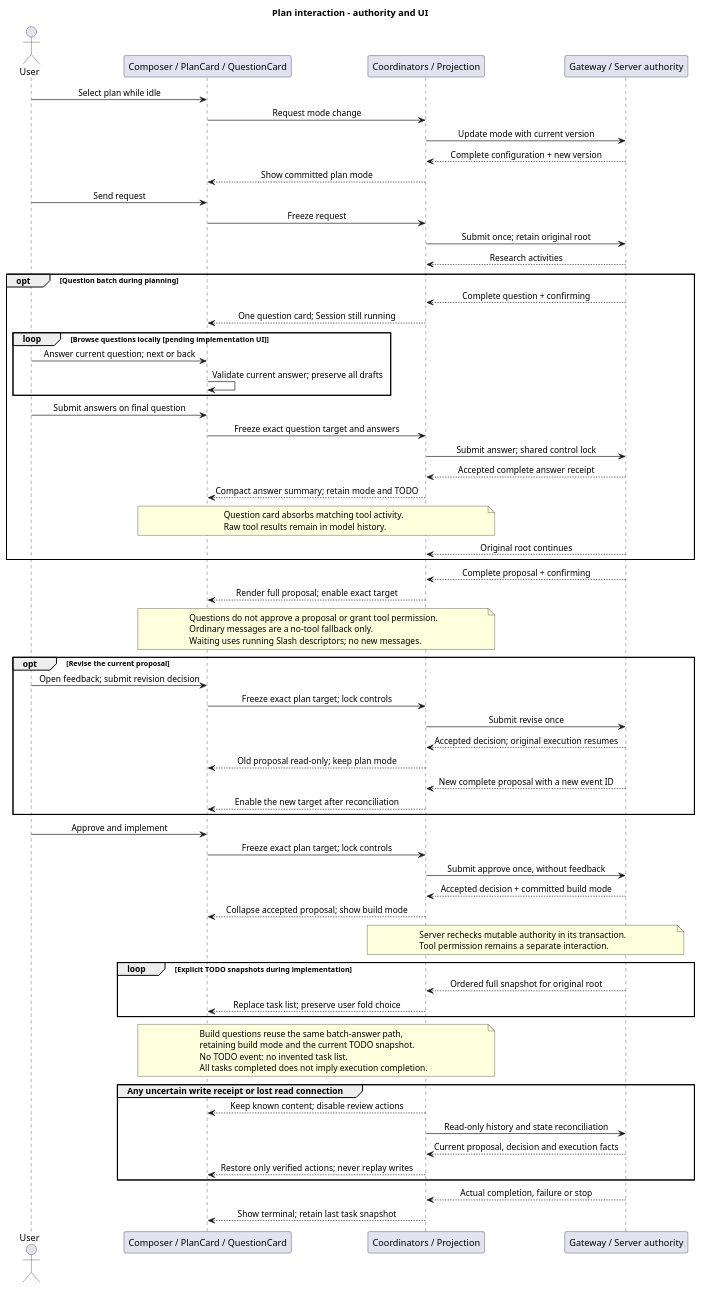
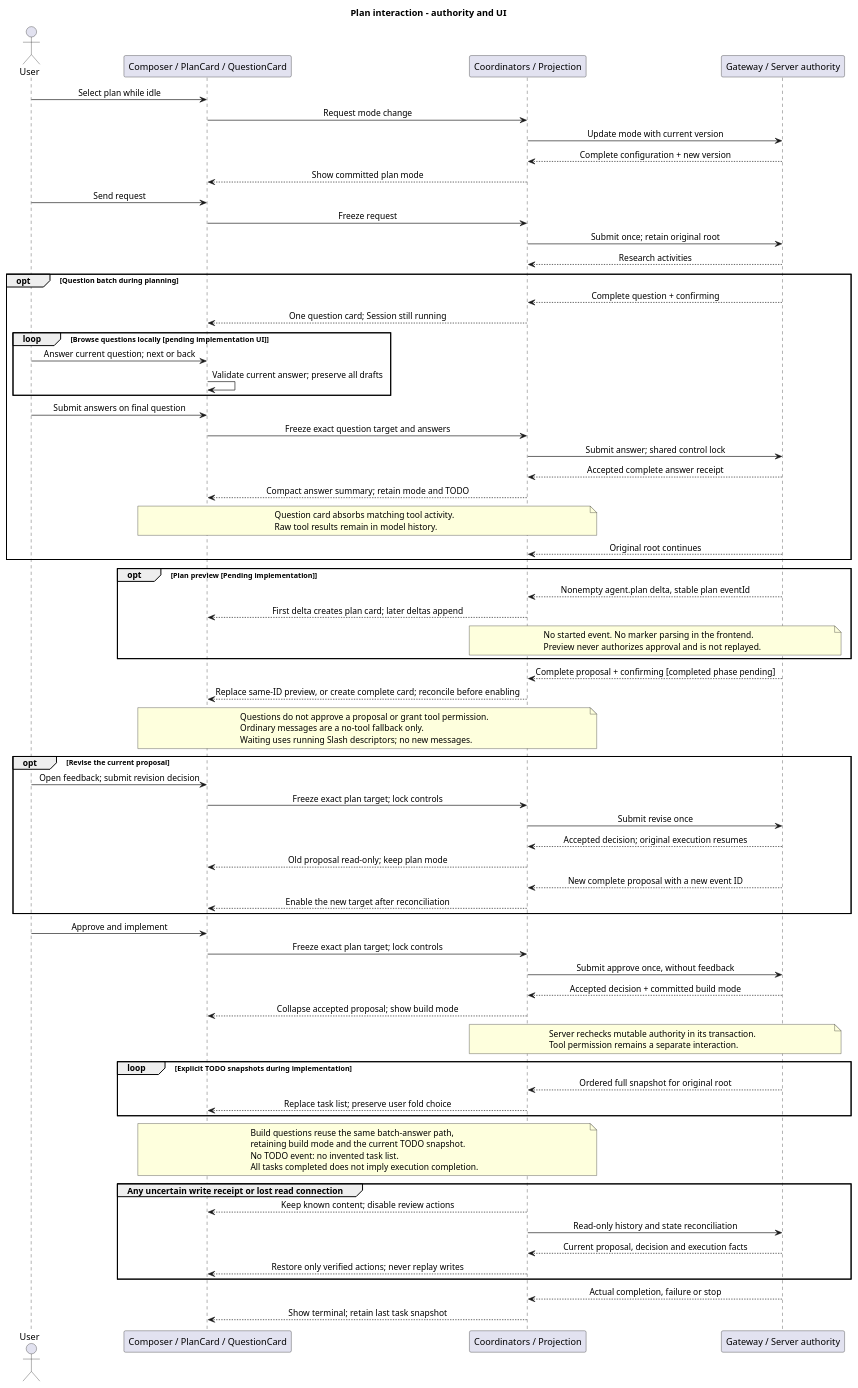
The eighth of 8 diagrams in 07-前端设计/技术设计/diagram.puml (ssm0808/pi-mono-java-design), drawn with PlantUML before and after one commit. The commit also changed 29 other files, not shown here.

```diff
--- a/07-前端设计/技术设计/diagram.puml
+++ b/07-前端设计/技术设计/diagram.puml
@@ -534,92 +534,102 @@
 @startuml target_plan_interaction
 ' Source baseline: pi-mono-java 9f785bea3ffff8f6566cd1b2727285af46a2aead.
 ' Source evidence: frontend/src/runtime/eventStore.ts executionState and reconcileEvents.
 ' Source evidence: frontend/src/composables/useRuntimeApi.ts recover, submitStream and consume.
 ' Codex d58d0e5841e0de08e251673db2d5af8cf3a1ad51:
 ' codex-rs/tui/src/chatwidget/plan_implementation.rs selection_view_params;
 ' codex-rs/core/src/tools/handlers/plan.rs PlanHandler::handle_call.
 ' Observed behavior: the internal frontend has plan UI, Slash, progress and structured questions.
 ' Source: frontend/src/components/PlanCard.vue; runtime/eventStore.ts; types/runtime.ts.
 ' Java divergence: approve resumes the original root execution; no clear-context path.
 ' Design reason: proposal, decision receipt, execution progress and terminal are separate facts.
-' Internal flow is implemented; public transport remains pending implementation. View states are not HTTP enums.
+' Internal review is implemented; plan preview and public transport are pending implementation. View states are not HTTP enums.
+' Streaming source: Java fb842b1ac6cb4818f6b146f79dd184a5cd88bf12; runtimeapi/event/RuntimeEventProjector.java :: projectMessageUpdate, beginPlanReview.
+' Design reason: backend classifies plan deltas; the frontend never parses model markers or authorizes previews.
 title Plan interaction - authority and UI
 skinparam backgroundColor white
 skinparam shadowing false
 skinparam defaultFontName SansSerif
 skinparam sequenceMessageAlign center
 actor User
 participant "Composer / PlanCard / QuestionCard" as UI
 participant "Coordinators / Projection" as State
 participant "Gateway / Server authority" as API
 User -> UI : Select plan while idle
 UI -> State : Request mode change
 State -> API : Update mode with current version
 API --> State : Complete configuration + new version
 State --> UI : Show committed plan mode
 User -> UI : Send request
 UI -> State : Freeze request
 State -> API : Submit once; retain original root
 API --> State : Research activities
 opt Question batch during planning
   API --> State : Complete question + confirming
   State --> UI : One question card; Session still running
   loop Browse questions locally [pending implementation UI]
     User -> UI : Answer current question; next or back
     UI -> UI : Validate current answer; preserve all drafts
   end
   User -> UI : Submit answers on final question
   UI -> State : Freeze exact question target and answers
   State -> API : Submit answer; shared control lock
   API --> State : Accepted complete answer receipt
   State --> UI : Compact answer summary; retain mode and TODO
   note over UI, State
     Question card absorbs matching tool activity.
     Raw tool results remain in model history.
   end note
   API --> State : Original root continues
 end
-API --> State : Complete proposal + confirming
-State --> UI : Render full proposal; enable exact target
+opt Plan preview [Pending implementation]
+  API --> State : Nonempty agent.plan delta, stable plan eventId
+  State --> UI : First delta creates plan card; later deltas append
+  note over State, API
+    No started event. No marker parsing in the frontend.
+    Preview never authorizes approval and is not replayed.
+  end note
+end
+API --> State : Complete proposal + confirming [completed phase pending]
+State --> UI : Replace same-ID preview, or create complete card; reconcile before enabling
 note over UI, State
   Questions do not approve a proposal or grant tool permission.
   Ordinary messages are a no-tool fallback only.
   Waiting uses running Slash descriptors; no new messages.
 end note
 opt Revise the current proposal
   User -> UI : Open feedback; submit revision decision
   UI -> State : Freeze exact plan target; lock controls
   State -> API : Submit revise once
   API --> State : Accepted decision; original execution resumes
   State --> UI : Old proposal read-only; keep plan mode
   API --> State : New complete proposal with a new event ID
   State --> UI : Enable the new target after reconciliation
 end
 User -> UI : Approve and implement
 UI -> State : Freeze exact plan target; lock controls
 State -> API : Submit approve once, without feedback
 API --> State : Accepted decision + committed build mode
 State --> UI : Collapse accepted proposal; show build mode
 note over State, API
   Server rechecks mutable authority in its transaction.
   Tool permission remains a separate interaction.
 end note
 loop Explicit TODO snapshots during implementation
   API --> State : Ordered full snapshot for original root
   State --> UI : Replace task list; preserve user fold choice
 end
 note over UI, State
   Build questions reuse the same batch-answer path,
   retaining build mode and the current TODO snapshot.
   No TODO event: no invented task list.
   All tasks completed does not imply execution completion.
 end note
 group Any uncertain write receipt or lost read connection
   State --> UI : Keep known content; disable review actions
   State -> API : Read-only history and state reconciliation
   API --> State : Current proposal, decision and execution facts
   State --> UI : Restore only verified actions; never replay writes
 end
 API --> State : Actual completion, failure or stop
 State --> UI : Show terminal; retain last task snapshot
 @enduml
```
